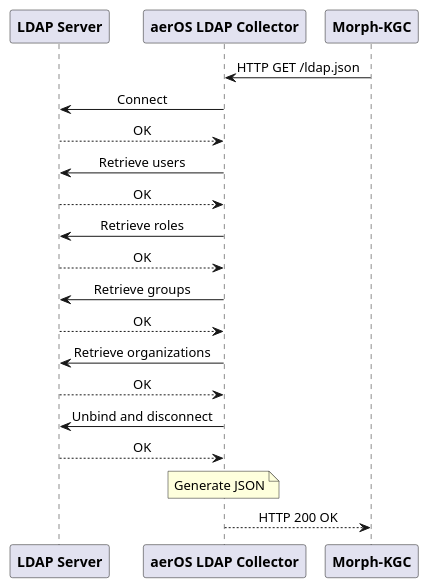
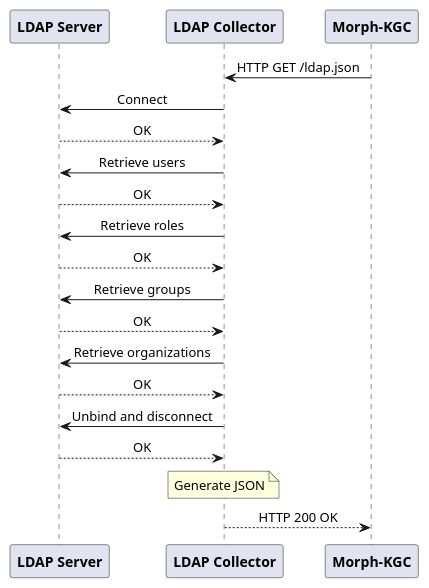
The diagram in docs/plantuml/sequence_diagram.plantuml (candil-data-fabric/aeros-ldap-collector), drawn with PlantUML before and after one commit. The commit also changed 27 other files, not shown here.

```diff
--- a/docs/plantuml/sequence_diagram.plantuml
+++ b/docs/plantuml/sequence_diagram.plantuml
@@ -1,26 +1,26 @@
 @startuml
 participant "<b>LDAP Server</b>" as LDAP_Server order 10
-participant "<b>aerOS LDAP Collector</b>" as LDAP_Collector order 20
+participant "<b>LDAP Collector</b>" as LDAP_Collector order 20
 participant "<b>Morph-KGC</b>" as Morph order 30
 
 skinparam sequenceMessageAlign center
 
 Morph -> LDAP_Collector: HTTP GET /ldap.json
 
 LDAP_Collector -> LDAP_Server: Connect
 LDAP_Server --> LDAP_Collector: OK
 LDAP_Collector -> LDAP_Server: Retrieve users
 LDAP_Server --> LDAP_Collector: OK
 LDAP_Collector -> LDAP_Server: Retrieve roles
 LDAP_Server --> LDAP_Collector: OK
 LDAP_Collector -> LDAP_Server: Retrieve groups
 LDAP_Server --> LDAP_Collector: OK
 LDAP_Collector -> LDAP_Server: Retrieve organizations
 LDAP_Server --> LDAP_Collector: OK
 LDAP_Collector -> LDAP_Server: Unbind and disconnect
 LDAP_Server --> LDAP_Collector: OK
 
 note over LDAP_Collector: Generate JSON
 
 LDAP_Collector --> Morph: HTTP 200 OK
 @enduml
```
